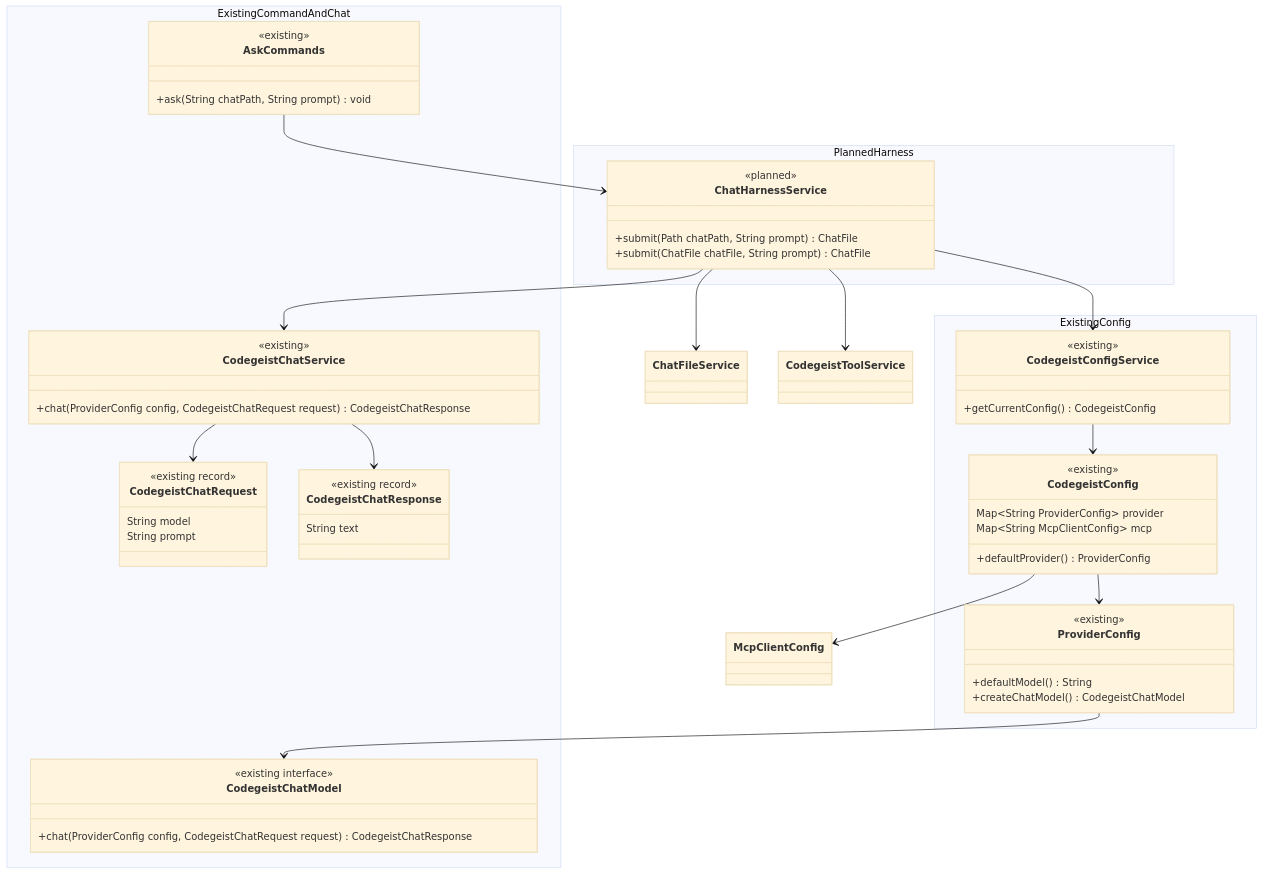
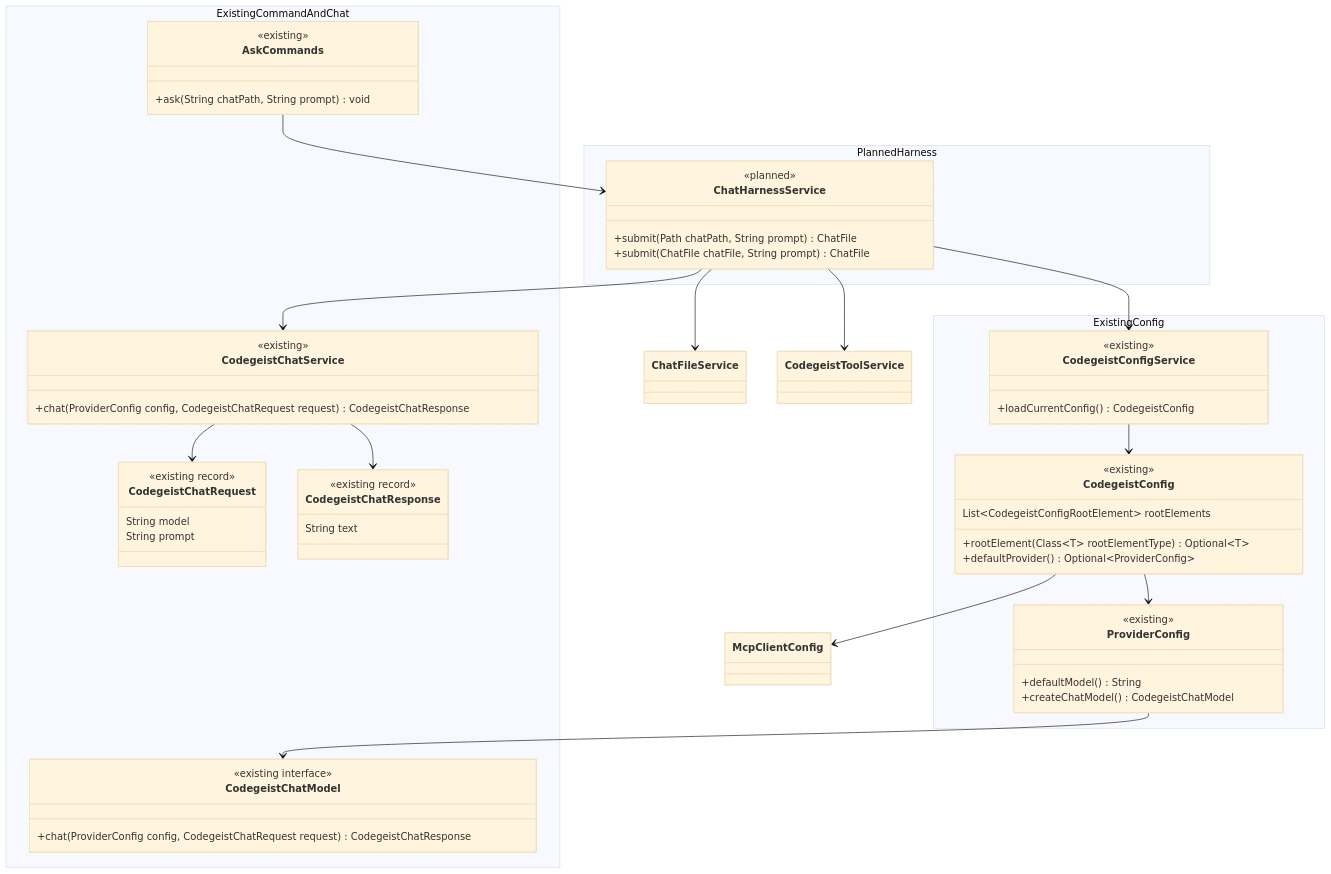
The first of 17 diagrams in docs/tasks/T007_build-codegeist-runtime-harness/runtime-harness-spec.md (codegeist-ai/codegeist), drawn with Mermaid (base theme) before and after one commit. The commit also changed 48 other files, not shown here.

First line of the commit message:
feat(config): add generic root element parsing

````diff
--- a/docs/tasks/T007_build-codegeist-runtime-harness/runtime-harness-spec.md
+++ b/docs/tasks/T007_build-codegeist-runtime-harness/runtime-harness-spec.md
@@ -18,72 +18,72 @@
 ```mermaid
 classDiagram
     direction TB
 
     namespace ExistingCommandAndChat {
       class AskCommands {
         <<existing>>
         +ask(String chatPath, String prompt) void
       }
 
       class CodegeistChatService {
         <<existing>>
         +chat(ProviderConfig config, CodegeistChatRequest request) CodegeistChatResponse
       }
 
       class CodegeistChatRequest {
         <<existing record>>
         String model
         String prompt
       }
 
       class CodegeistChatResponse {
         <<existing record>>
         String text
       }
 
       class CodegeistChatModel {
         <<existing interface>>
         +chat(ProviderConfig config, CodegeistChatRequest request) CodegeistChatResponse
       }
     }
 
     namespace ExistingConfig {
       class CodegeistConfigService {
         <<existing>>
-        +getCurrentConfig() CodegeistConfig
+        +loadCurrentConfig() CodegeistConfig
       }
 
       class CodegeistConfig {
         <<existing>>
-        Map~String ProviderConfig~ provider
-        Map~String McpClientConfig~ mcp
-        +defaultProvider() ProviderConfig
+        List~CodegeistConfigRootElement~ rootElements
+        +rootElement(Class~T~ rootElementType) Optional~T~
+        +defaultProvider() Optional~ProviderConfig~
       }
 
       class ProviderConfig {
         <<existing>>
         +defaultModel() String
         +createChatModel() CodegeistChatModel
       }
     }
 
     namespace PlannedHarness {
       class ChatHarnessService {
         <<planned>>
         +submit(Path chatPath, String prompt) ChatFile
         +submit(ChatFile chatFile, String prompt) ChatFile
       }
     }
 
     AskCommands --> ChatHarnessService
     ChatHarnessService --> CodegeistConfigService
     ChatHarnessService --> ChatFileService
     ChatHarnessService --> CodegeistChatService
     ChatHarnessService --> CodegeistToolService
     CodegeistConfigService --> CodegeistConfig
     CodegeistConfig --> ProviderConfig
     CodegeistConfig --> McpClientConfig
     ProviderConfig --> CodegeistChatModel
     CodegeistChatService --> CodegeistChatRequest
     CodegeistChatService --> CodegeistChatResponse
 ```
````
